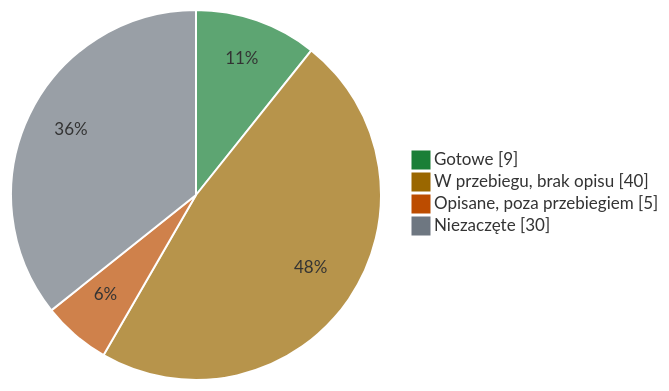
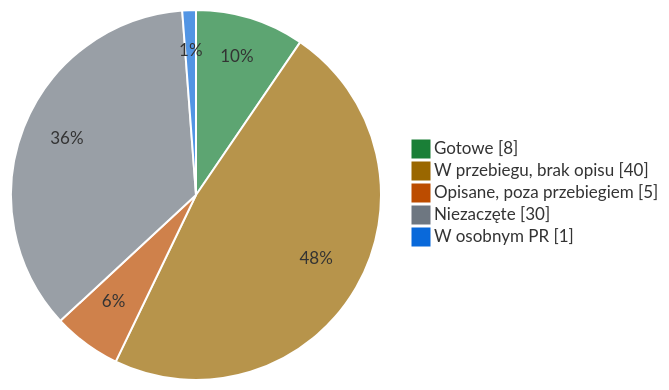
The diagram in research/STATUS.md (slayerlabs/benchmarks-fabryka-ai), drawn with Mermaid before and after one commit. The commit also changed other lines of this file and 26 other files, not shown here.

````diff
--- a/research/STATUS.md
+++ b/research/STATUS.md
@@ -14,8 +14,9 @@
 ```mermaid
-%%{init: {'theme': 'base', 'themeVariables': {'pie1': '#1a7f37', 'pie2': '#9a6700', 'pie3': '#bc4c00', 'pie4': '#6e7781', 'pieStrokeColor': '#ffffff', 'pieOuterStrokeWidth': '0px'}}}%%
+%%{init: {'theme': 'base', 'themeVariables': {'pie1': '#1a7f37', 'pie2': '#9a6700', 'pie3': '#bc4c00', 'pie4': '#6e7781', 'pie5': '#0969da', 'pieStrokeColor': '#ffffff', 'pieOuterStrokeWidth': '0px'}}}%%
 pie showData
-    "Gotowe" : 9
+    "Gotowe" : 8
     "W przebiegu, brak opisu" : 40
     "Opisane, poza przebiegiem" : 5
     "Niezaczęte" : 30
+    "W osobnym PR" : 1
 ```
````
